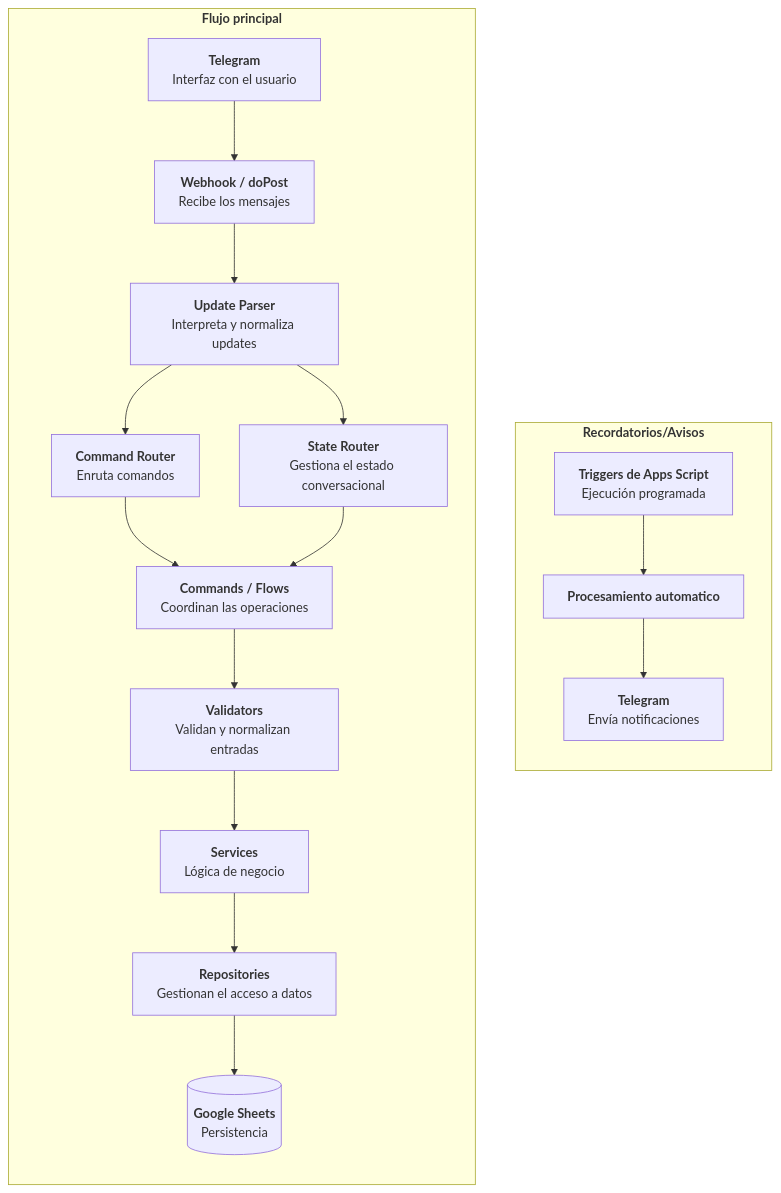
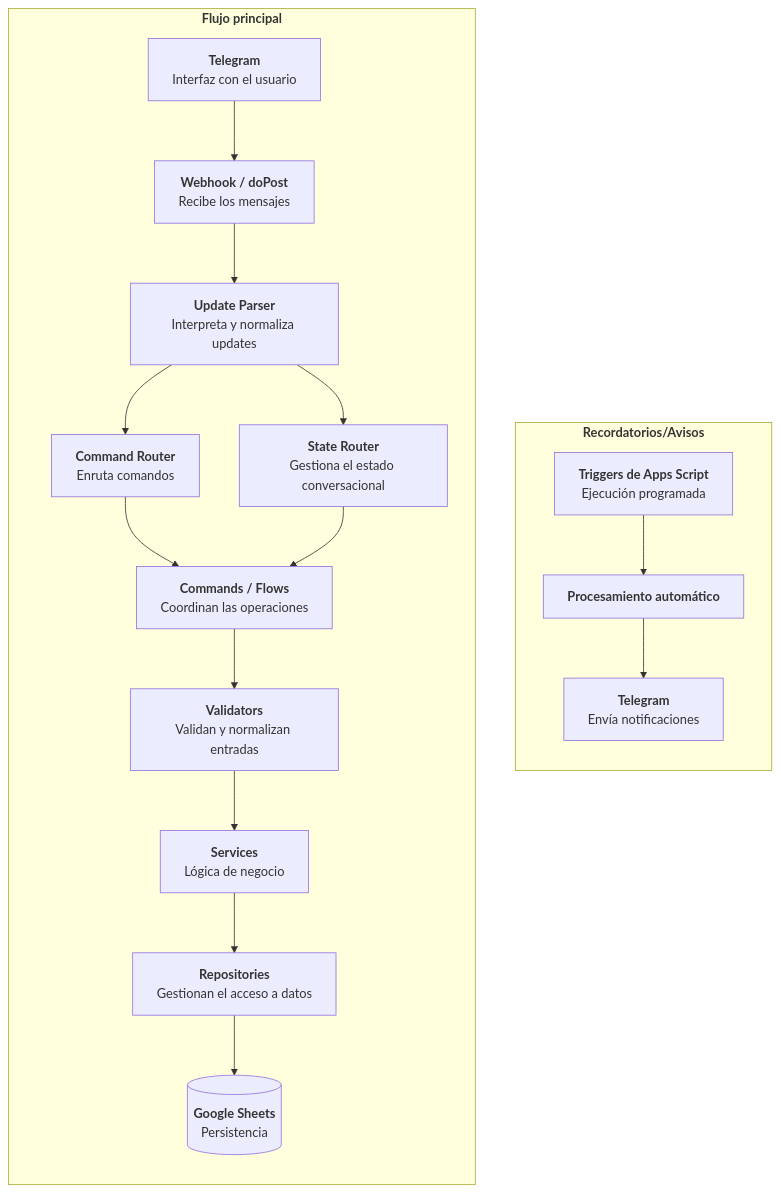
The diagram in README.md (PabloBottinelli/telegram-personal-assistant), drawn with Mermaid before and after one commit. The commit also changed other lines of this file and 2 other files, not shown here.

````diff
--- a/README.md
+++ b/README.md
@@ -77,40 +72,40 @@
 ```mermaid
 flowchart LR
    subgraph Recordatorios["<b>Recordatorios/Avisos</b>"]
         TR["<b>Triggers de Apps Script</b><br>Ejecución programada"]
-        PA["<b>Procesamiento automatico</b><br>"]
+        PA["<b>Procesamiento automático</b><br>"]
         T2["<b>Telegram</b><br>Envía notificaciones"]
 
         TR --> PA
         PA --> T2
     end
 
     subgraph Principal["<b>Flujo principal</b>"]
       T1["<b>Telegram</b><br>Interfaz con el usuario"]
       W["<b>Webhook / doPost</b><br>Recibe los mensajes"]
       P["<b>Update Parser</b><br>Interpreta y normaliza updates"]
       CR["<b>Command Router</b><br>Enruta comandos"]
       SR["<b>State Router</b><br>Gestiona el estado conversacional"]
       CF["<b>Commands / Flows</b><br>Coordinan las operaciones"]
       V["<b>Validators</b><br>Validan y normalizan entradas"]
       S["<b>Services</b><br>Lógica de negocio"]
       R["<b>Repositories</b><br>Gestionan el acceso a datos"]
       GS[("<b>Google Sheets</b><br>Persistencia")]
 
         T1 --> W
         W --> P
 
         P --> CR
         P --> SR
 
         CR --> CF
         SR --> CF
 
         CF --> V
         V --> S
         S --> R
         R --> GS
     end
 
     Principal ~~~ Recordatorios
 ```
````
